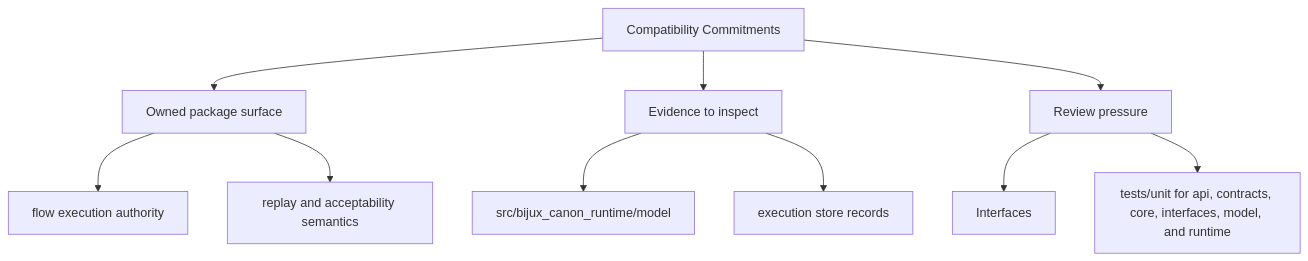
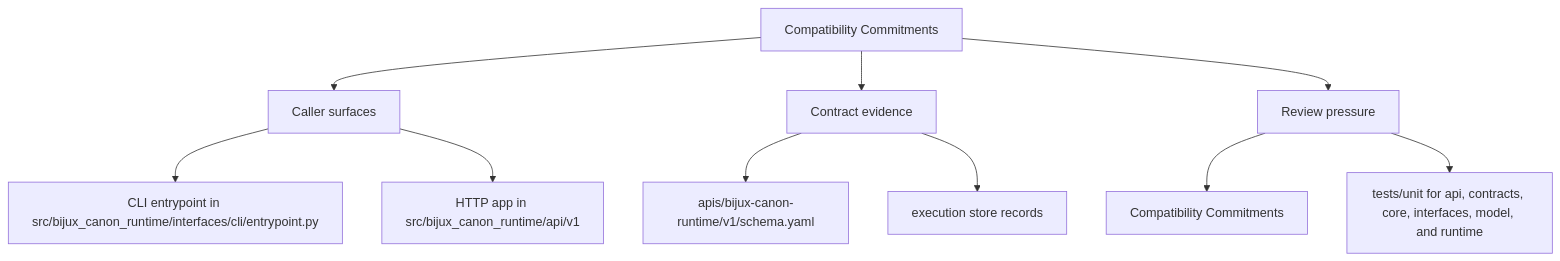
One commit to bijux/bijux-canon changed the second of 2 diagrams in docs/bijux-canon-runtime/interfaces/compatibility-commitments.md. Above: the diagram before and after it, drawn with Mermaid. The commit also changed other lines of this file and 250 other files, not shown here.

Commit message:
docs(diagrams): make product page maps more readable

````diff
--- a/docs/bijux-canon-runtime/interfaces/compatibility-commitments.md
+++ b/docs/bijux-canon-runtime/interfaces/compatibility-commitments.md
@@ -35,22 +35,22 @@
 ```mermaid
 flowchart TD
     page["Compatibility Commitments"]
-    focus1["Owned package surface"]
+    focus1["Caller surfaces"]
     page --> focus1
-    focus1_1["flow execution authority"]
+    focus1_1["CLI entrypoint in src/bijux_canon_runtime/interfaces/cli/entrypoint.py"]
     focus1 --> focus1_1
-    focus1_2["replay and acceptability semantics"]
+    focus1_2["HTTP app in src/bijux_canon_runtime/api/v1"]
     focus1 --> focus1_2
-    focus2["Evidence to inspect"]
+    focus2["Contract evidence"]
     page --> focus2
-    focus2_1["src/bijux_canon_runtime/model"]
+    focus2_1["apis/bijux-canon-runtime/v1/schema.yaml"]
     focus2 --> focus2_1
     focus2_2["execution store records"]
     focus2 --> focus2_2
     focus3["Review pressure"]
     page --> focus3
-    focus3_1["Interfaces"]
+    focus3_1["Compatibility Commitments"]
     focus3 --> focus3_1
     focus3_2["tests/unit for api, contracts, core, interfaces, model, and runtime"]
     focus3 --> focus3_2
 ```
````
